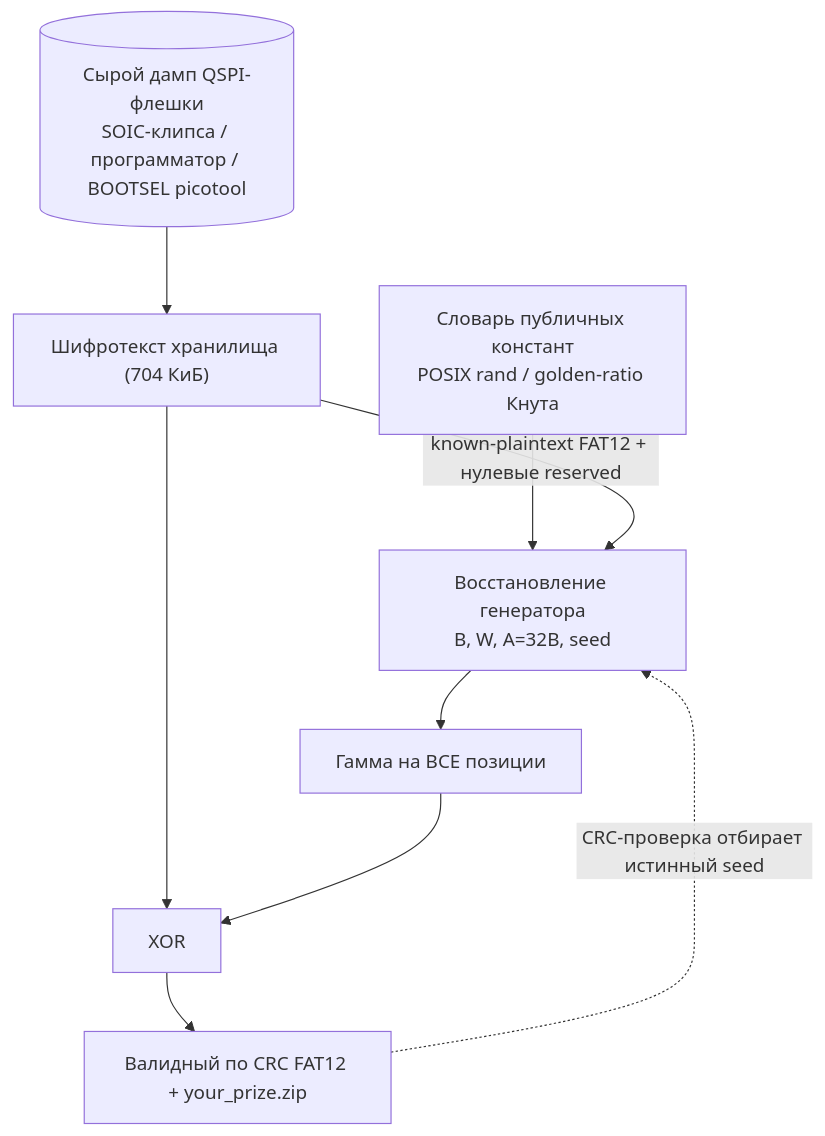
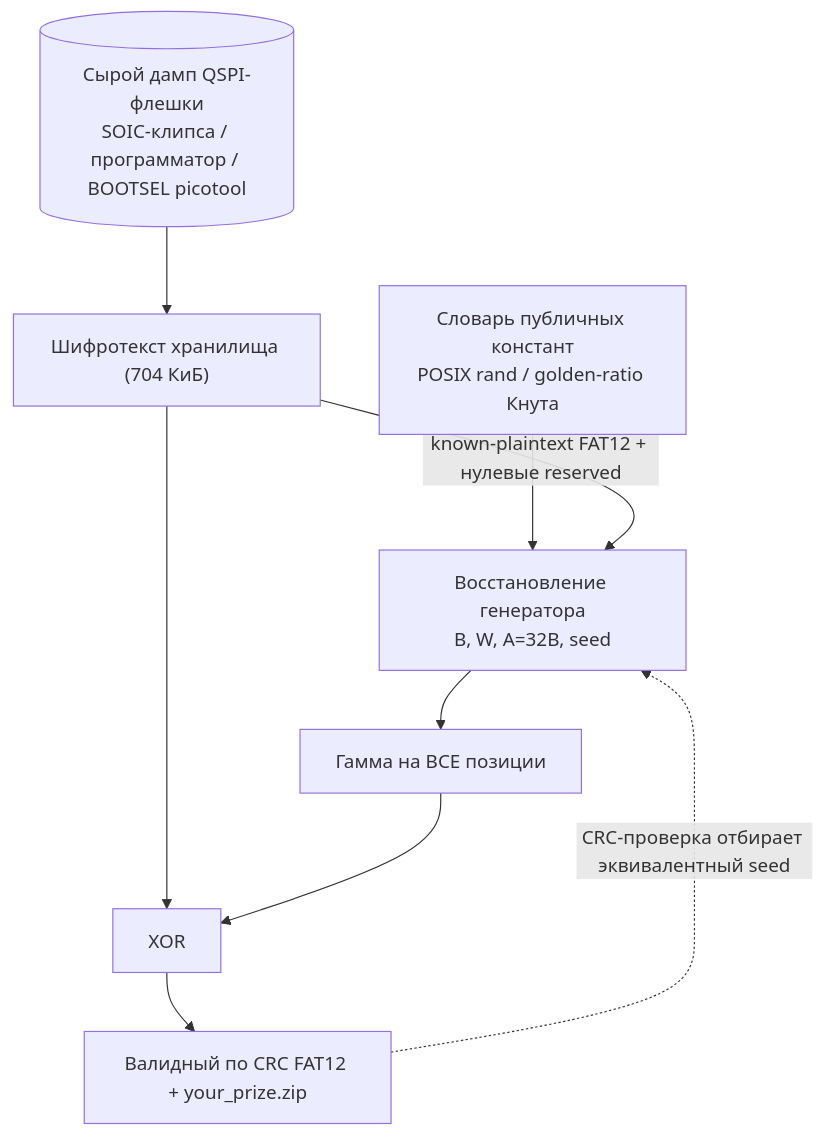
One commit to HarisGOD1/case-12-reverse-engineering-pcb-team-3 changed the diagram in attack3/README.md. Above: the diagram before and after it, drawn with Mermaid. The commit also changed other lines of this file and 52 other files, not shown here.

````diff
--- a/attack3/README.md
+++ b/attack3/README.md
@@ -54,11 +54,11 @@
 ```mermaid
 flowchart TD
     dump[("Сырой дамп QSPI-флешки<br/>SOIC-клипса / программатор / BOOTSEL picotool")] --> ct["Шифротекст хранилища (704 КиБ)"]
     dict["Словарь публичных констант<br/>POSIX rand / golden-ratio Кнута"] --> gen
     ct -->|"known-plaintext FAT12 + нулевые reserved"| gen["Восстановление генератора<br/>B, W, A=32B, seed"]
     gen --> ks["Гамма на ВСЕ позиции"]
     ct --> dec["XOR"]
     ks --> dec
     dec --> zip["Валидный по CRC FAT12 + your_prize.zip"]
-    zip -.->|"CRC-проверка отбирает истинный seed"| gen
+    zip -.->|"CRC-проверка отбирает эквивалентный seed"| gen
 ```
````
